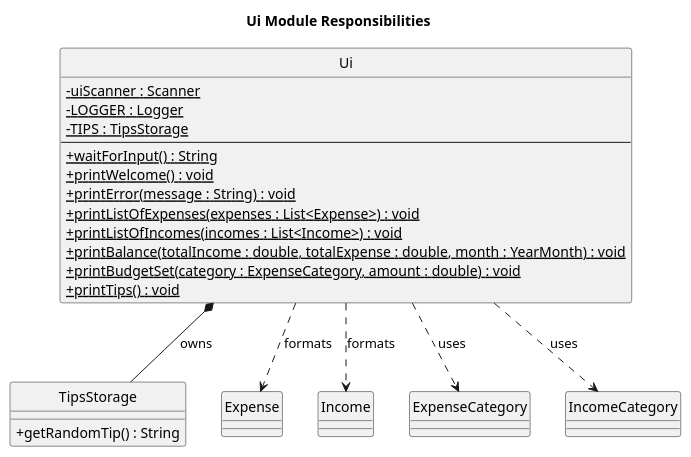
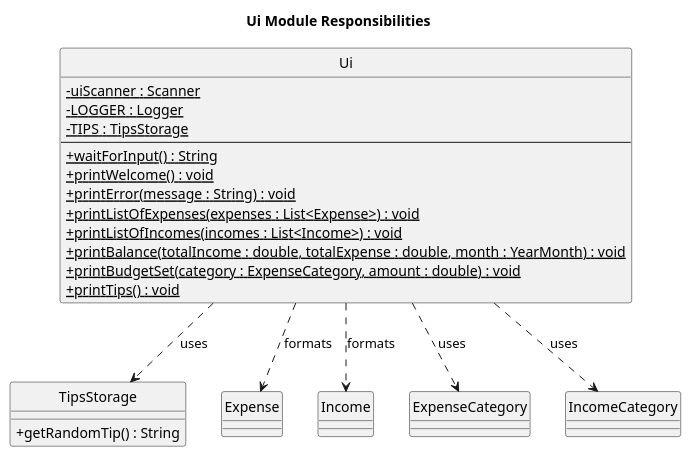
Before and after one commit to AY2526S1-CS2113-W12-4/tp: the diagram in docs/diagrams/UiClassDiagram.puml, drawn with PlantUML.

Commit message:
Swap composition diamond for a dependency arrow

```diff
--- a/docs/diagrams/UiClassDiagram.puml
+++ b/docs/diagrams/UiClassDiagram.puml
@@ -1,37 +1,37 @@
 @startuml UiClassDiagram
 hide circle
 skinparam classAttributeIconSize 0
 skinparam stereotypeFontStyle normal
 title Ui Module Responsibilities
 
 class Ui {
   -{static} uiScanner : Scanner
   -{static} LOGGER : Logger
   -{static} TIPS : TipsStorage
   --
   +{static} waitForInput() : String
   +{static} printWelcome() : void
   +{static} printError(message : String) : void
   +{static} printListOfExpenses(expenses : List<Expense>) : void
   +{static} printListOfIncomes(incomes : List<Income>) : void
   +{static} printBalance(totalIncome : double, totalExpense : double, month : YearMonth) : void
   +{static} printBudgetSet(category : ExpenseCategory, amount : double) : void
   +{static} printTips() : void
 }
 
 class TipsStorage {
   +getRandomTip() : String
 }
 
 class Expense
 class Income
 enum ExpenseCategory
 enum IncomeCategory
 
-Ui *-- TipsStorage : owns
+Ui ..> TipsStorage : uses
 Ui ..> Expense : formats
 Ui ..> Income : formats
 Ui ..> ExpenseCategory : uses
 Ui ..> IncomeCategory : uses
 
 @enduml
```
